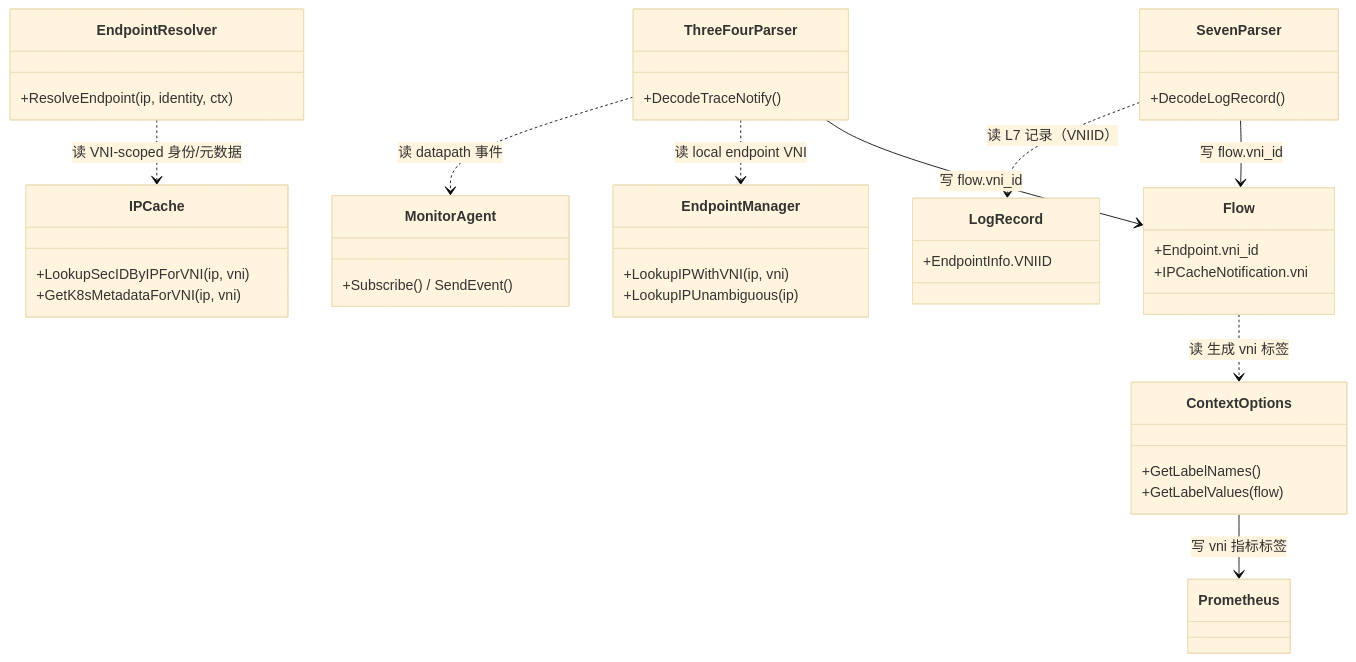
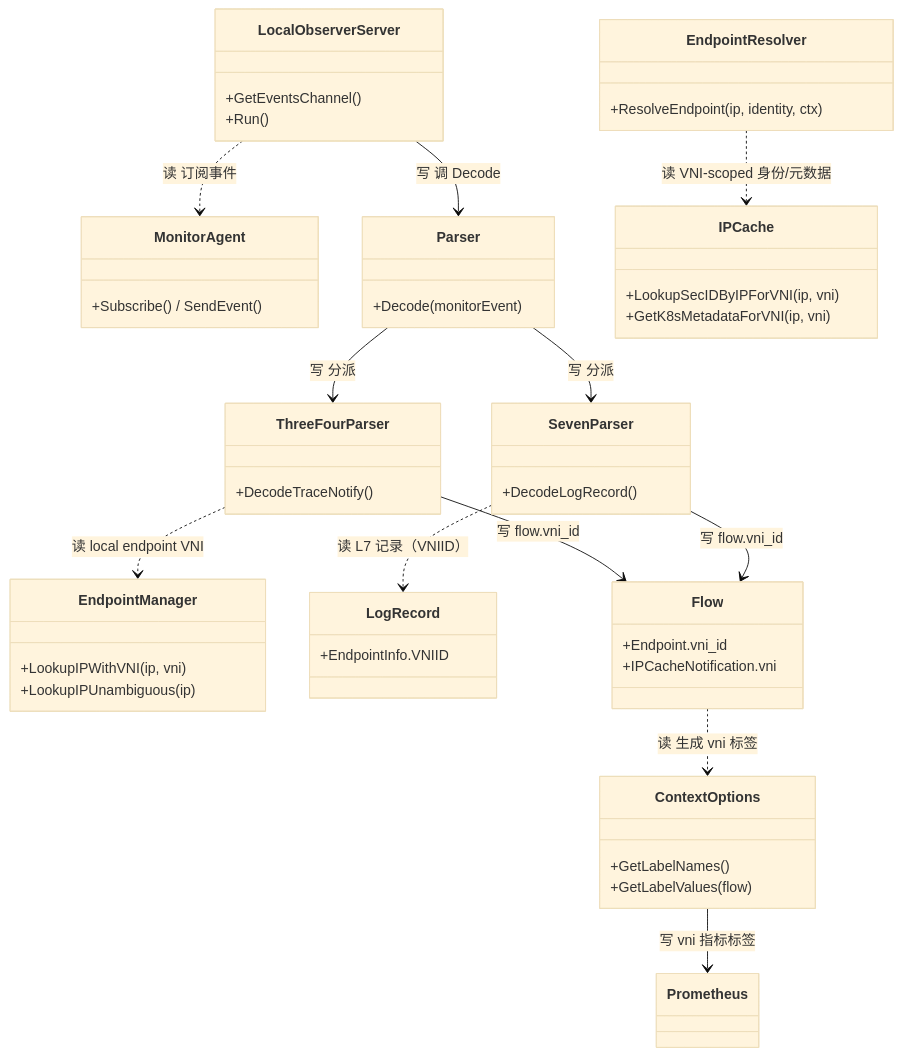
The first of 2 diagrams in map/04-observability-plane.md (zbb88888/cilium-map-road), drawn with Mermaid (base theme) before and after one commit. The commit also changed other lines of this file and 3 other files, not shown here.

````diff
--- a/map/04-observability-plane.md
+++ b/map/04-observability-plane.md
@@ -24,43 +24,53 @@
 ```mermaid
 classDiagram
     class MonitorAgent {
         +Subscribe() / SendEvent()
+    }
+    class LocalObserverServer {
+        +GetEventsChannel()
+        +Run()
+    }
+    class Parser {
+        +Decode(monitorEvent)
     }
     class ThreeFourParser {
         +DecodeTraceNotify()
     }
     class SevenParser {
         +DecodeLogRecord()
     }
     class EndpointResolver {
         +ResolveEndpoint(ip, identity, ctx)
     }
     class IPCache {
         +LookupSecIDByIPForVNI(ip, vni)
         +GetK8sMetadataForVNI(ip, vni)
     }
     class EndpointManager {
         +LookupIPWithVNI(ip, vni)
         +LookupIPUnambiguous(ip)
     }
     class LogRecord {
         +EndpointInfo.VNIID
     }
     class Flow {
         +Endpoint.vni_id
         +IPCacheNotification.vni
     }
     class ContextOptions {
         +GetLabelNames()
         +GetLabelValues(flow)
     }
 
-    ThreeFourParser ..> MonitorAgent : 读 datapath 事件
+    LocalObserverServer ..> MonitorAgent : 读 订阅事件
+    LocalObserverServer --> Parser : 写 调 Decode
+    Parser --> ThreeFourParser : 写 分派
+    Parser --> SevenParser : 写 分派
     ThreeFourParser ..> EndpointManager : 读 local endpoint VNI
     EndpointResolver ..> IPCache : 读 VNI-scoped 身份/元数据
     SevenParser ..> LogRecord : 读 L7 记录（VNIID）
     ThreeFourParser --> Flow : 写 flow.vni_id
     SevenParser --> Flow : 写 flow.vni_id
     Flow ..> ContextOptions : 读 生成 vni 标签
     ContextOptions --> Prometheus : 写 vni 指标标签
 ```
````
